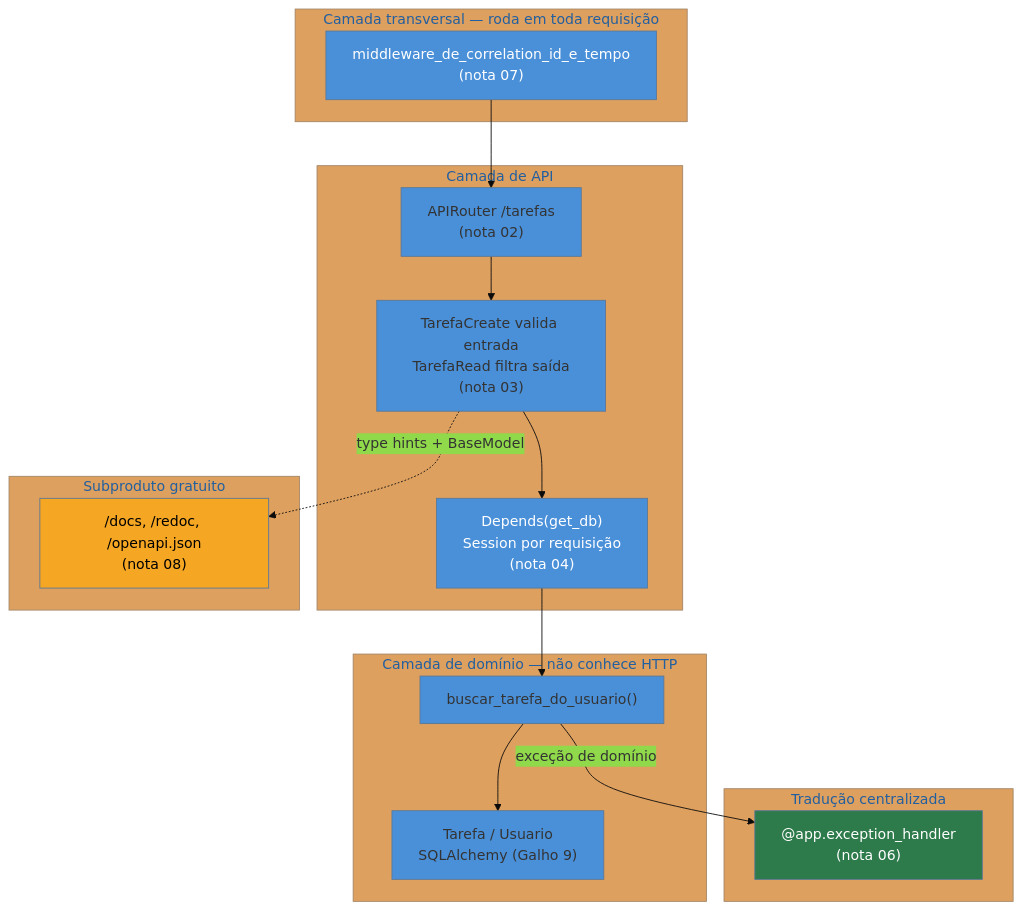
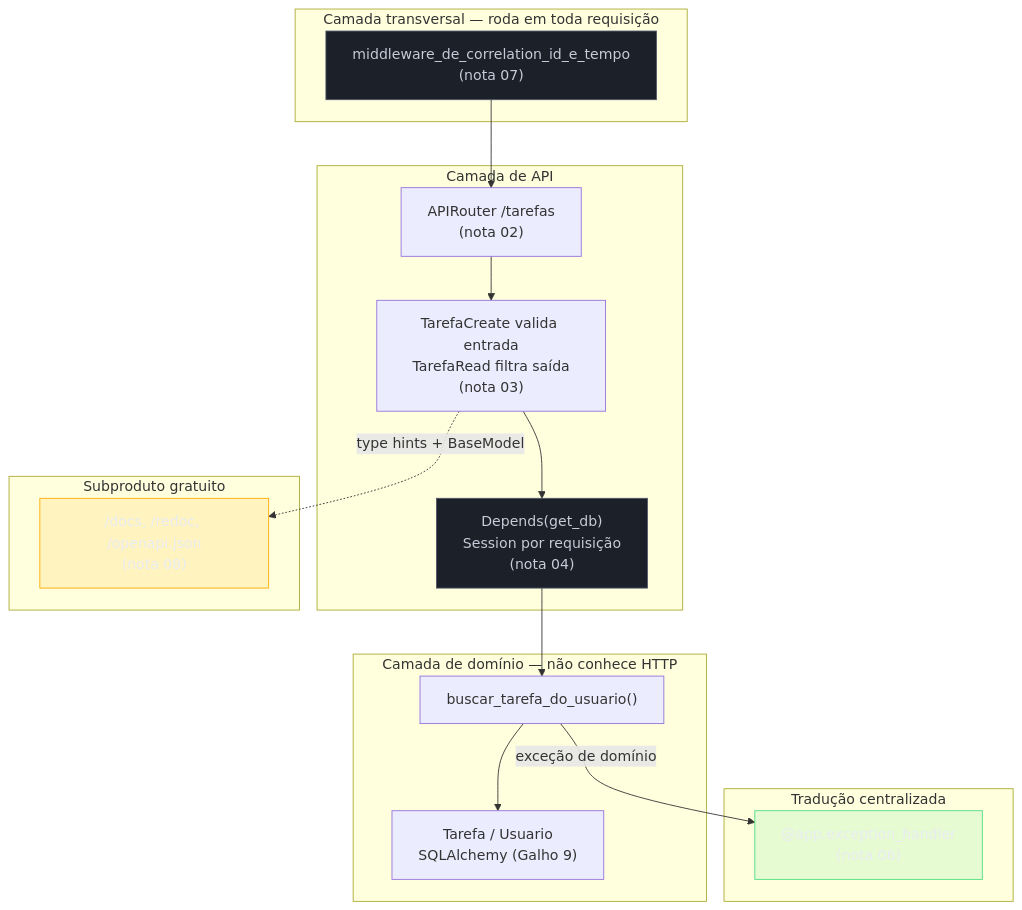
The third of 3 diagrams in 03-Dominios/Tecnologia/Python/Web e APIs REST/09 - Capstone — uma API REST completa de ponta a ponta.md (josenaldo/codex-technomanticus), drawn with Mermaid before and after one commit. The commit also changed other lines of this file and 1181 other files, not shown here.

First line of the commit message:
fix(diagramas): paleta do sistema no lugar de cor cravada no markdown

````diff
--- a/03-Dominios/Tecnologia/Python/Web e APIs REST/09 - Capstone — uma API REST completa de ponta a ponta.md
+++ b/03-Dominios/Tecnologia/Python/Web e APIs REST/09 - Capstone — uma API REST completa de ponta a ponta.md
@@ -528,35 +527,37 @@
 ```mermaid
-%%{init: {"theme": "base", "themeVariables": {"primaryColor": "#4A90D9"}}}%%
 flowchart TB
+    classDef neutro fill:#1B2029,stroke:#4E5666,color:#C6CCD8
+    classDef ok fill:#4ADE8021,stroke:#4ADE80,color:#E9ECF2
+    classDef destaque fill:#FFAA0024,stroke:#FFAA00,color:#E9ECF2
     subgraph Entrada["Camada transversal — roda em toda requisição"]
         MW["middleware_de_correlation_id_e_tempo\n(nota 07)"]
     end
 
     subgraph Rota["Camada de API"]
         ROUTER["APIRouter /tarefas\n(nota 02)"]
         VALID["TarefaCreate valida entrada\nTarefaRead filtra saída\n(nota 03)"]
         DEP["Depends(get_db)\nSession por requisição\n(nota 04)"]
     end
 
     subgraph Dominio["Camada de domínio — não conhece HTTP"]
         SERVICO["buscar_tarefa_do_usuario()"]
         ORM["Tarefa / Usuario\nSQLAlchemy (Galho 9)"]
     end
 
     subgraph Erro["Tradução centralizada"]
         EH["@app.exception_handler\n(nota 06)"]
     end
 
     subgraph Doc["Subproduto gratuito"]
         OPENAPI["/docs, /redoc, /openapi.json\n(nota 08)"]
     end
 
     MW --> ROUTER --> VALID --> DEP --> SERVICO --> ORM
     SERVICO -->|"exceção de domínio"| EH
     VALID -.->|"type hints + BaseModel"| OPENAPI
 
-    style MW fill:#4A90D9,color:#fff
-    style DEP fill:#4A90D9,color:#fff
-    style EH fill:#2d7a4a,color:#fff
-    style OPENAPI fill:#F5A623,color:#000
+    class MW neutro
+    class DEP neutro
+    class EH ok
+    class OPENAPI destaque
 ```
````
